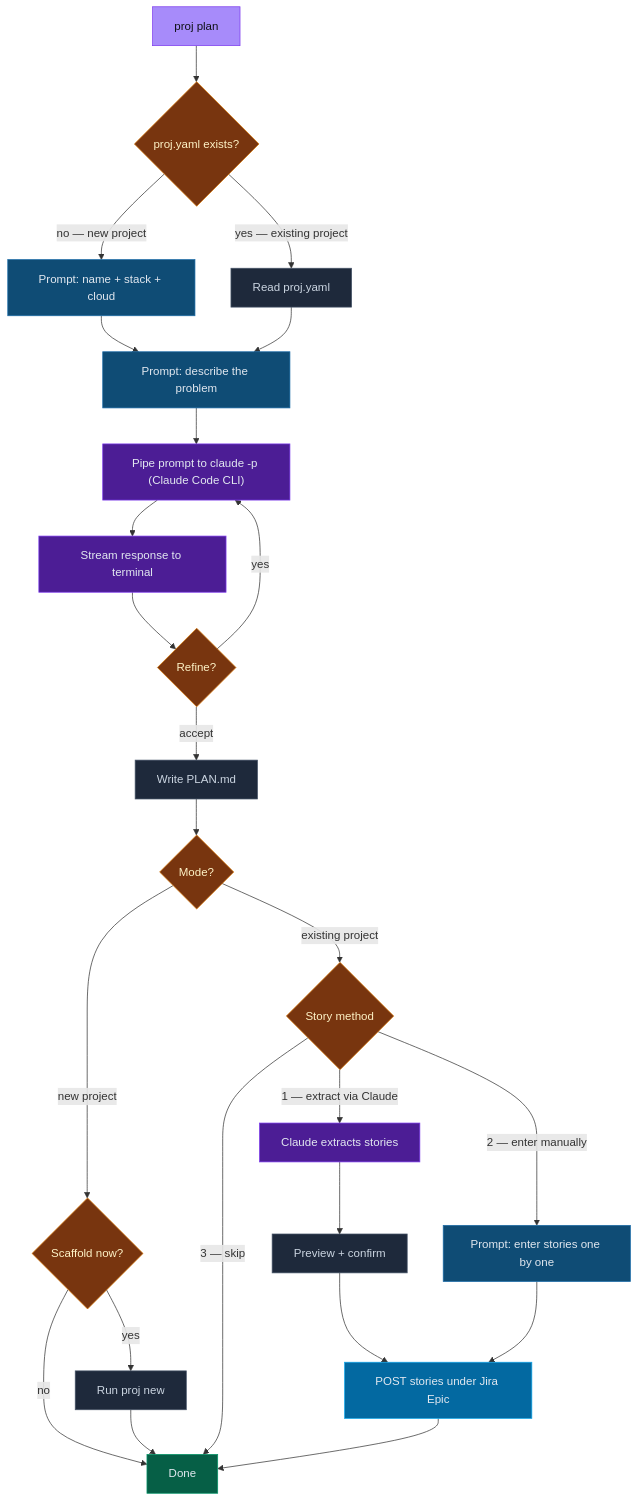
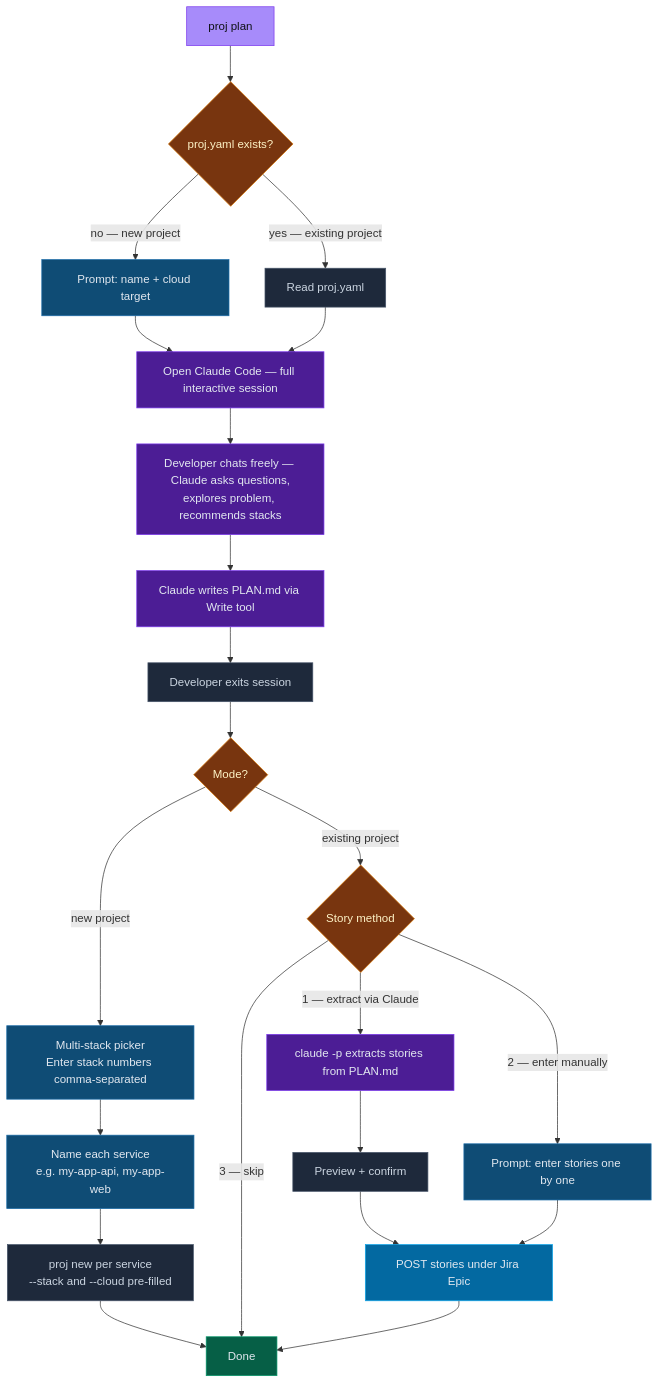
Before and after one commit to erosrage/Athena: the third of 7 diagrams in README.md, drawn with Mermaid. The commit also changed 1 other file, not shown here.

Commit message:
docs: update proj plan diagram for native Claude Code + multi-stack flow

````diff
--- a/README.md
+++ b/README.md
@@ -77,34 +77,32 @@
 ```mermaid
 flowchart TD
     A["proj plan"]:::entry
     A --> M{"proj.yaml exists?"}:::decision
-    M -->|"no — new project"| NP1["Prompt: name + stack + cloud"]:::prompt
+    M -->|"no — new project"| NP1["Prompt: name + cloud target"]:::prompt
     M -->|"yes — existing project"| EP1["Read proj.yaml"]:::action
-    NP1 --> P["Prompt: describe the problem"]:::prompt
-    EP1 --> P
-    P --> L["Pipe prompt to claude -p (Claude Code CLI)"]:::llm
-    L --> R["Stream response to terminal"]:::llm
-    R --> F{"Refine?"}:::decision
-    F -->|"yes"| L
-    F -->|"accept"| G["Write PLAN.md"]:::action
-    G --> MX{"Mode?"}:::decision
-    MX -->|"new project"| SC{"Scaffold now?"}:::decision
-    SC -->|"yes"| SN["Run proj new"]:::action
-    SC -->|"no"| Z["Done"]:::done
-    SN --> Z
+    NP1 --> CC["Open Claude Code — full interactive session"]:::llm
+    EP1 --> CC
+    CC --> CH["Developer chats freely — Claude asks questions,\nexplores problem, recommends stacks"]:::llm
+    CH --> WP["Claude writes PLAN.md via Write tool"]:::llm
+    WP --> EX["Developer exits session"]:::action
+    EX --> MX{"Mode?"}:::decision
+    MX -->|"new project"| MS["Multi-stack picker\nEnter stack numbers comma-separated"]:::prompt
+    MS --> SN["Name each service\ne.g. my-app-api, my-app-web"]:::prompt
+    SN --> SC["proj new per service\n--stack and --cloud pre-filled"]:::action
+    SC --> Z["Done"]:::done
     MX -->|"existing project"| SM{"Story method"}:::decision
-    SM -->|"1 — extract via Claude"| H["Claude extracts stories"]:::llm
+    SM -->|"1 — extract via Claude"| H["claude -p extracts stories from PLAN.md"]:::llm
     SM -->|"2 — enter manually"| MN["Prompt: enter stories one by one"]:::prompt
     SM -->|"3 — skip"| Z
     H --> I["Preview + confirm"]:::action
     I --> K["POST stories under Jira Epic"]:::jira
     MN --> K
     K --> Z
     classDef entry fill:#a78bfa,stroke:#7c3aed,color:#0f1117
     classDef prompt fill:#0f4c75,stroke:#1b6ca8,color:#e2e8f0
     classDef action fill:#1e293b,stroke:#475569,color:#cbd5e1
     classDef decision fill:#78350f,stroke:#d97706,color:#fef3c7
     classDef llm fill:#4c1d95,stroke:#7c3aed,color:#e2e8f0
     classDef jira fill:#0369a1,stroke:#0ea5e9,color:#e2e8f0
     classDef done fill:#065f46,stroke:#059669,color:#e2e8f0
 ```
````
